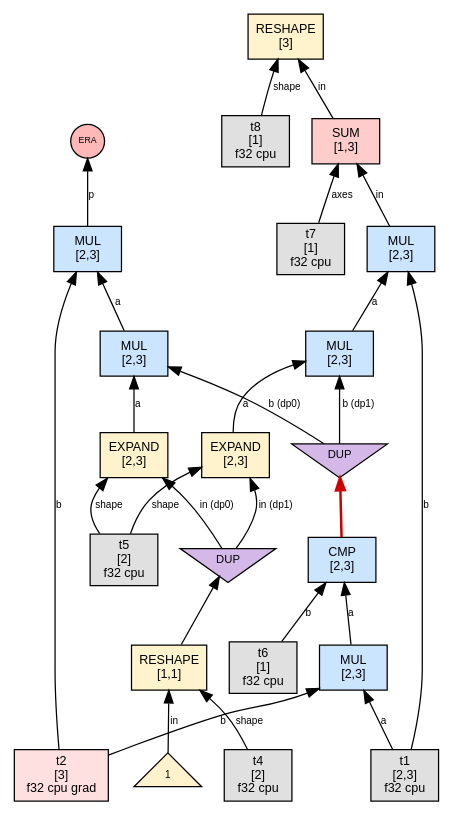
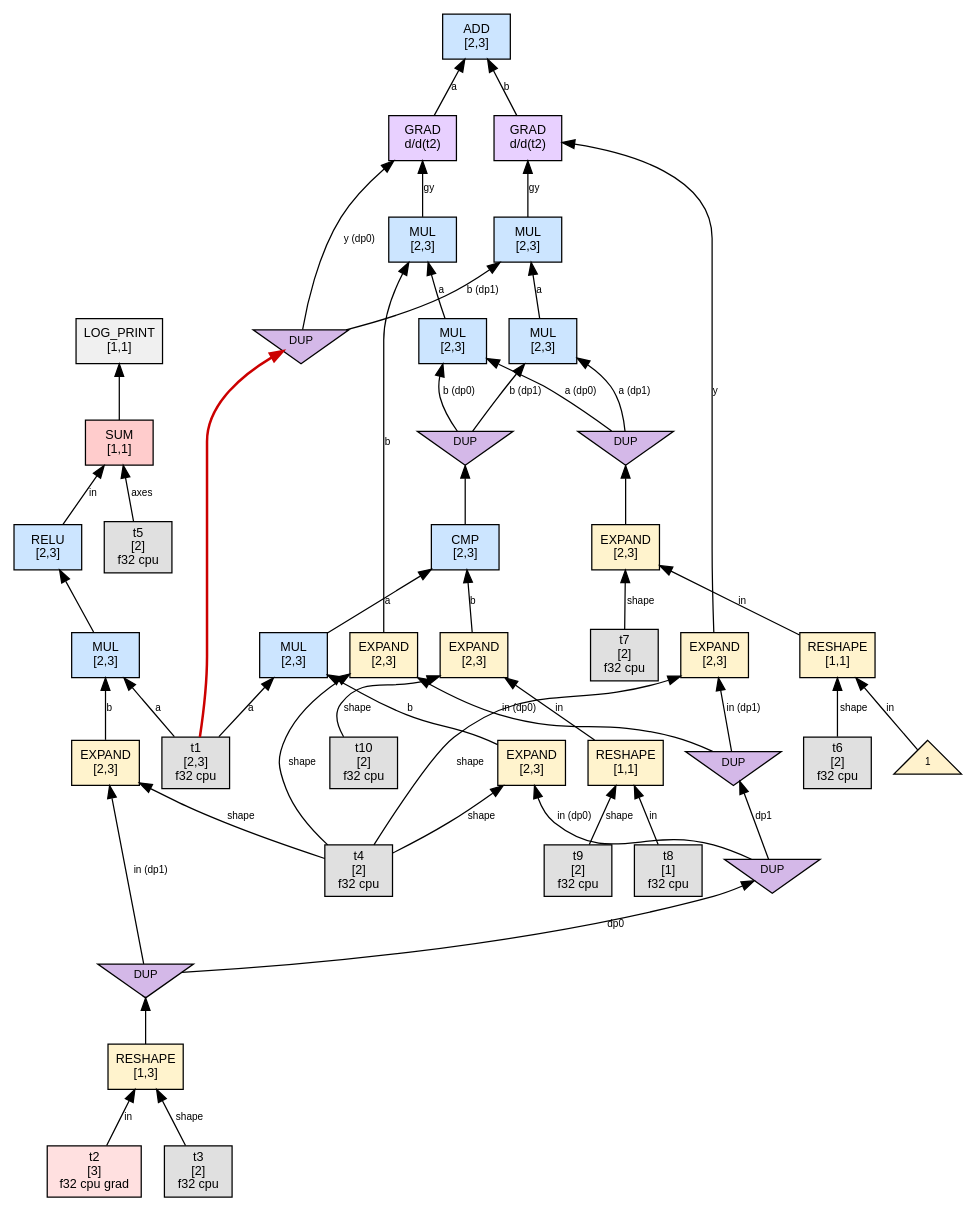
Before and after one commit to sw1sh/TinyHVM: the diagram in phase1_graphs/tiny_single_param/step_012_interact_DP0.dot, drawn with Graphviz. The commit also changed 751 other files, not shown here.

First line of the commit message:
test: refresh canonical tiny phase graph archives

```diff
--- a/phase1_graphs/tiny_single_param/step_012_interact_DP0.dot
+++ b/phase1_graphs/tiny_single_param/step_012_interact_DP0.dot
@@ -1,55 +1,95 @@
 digraph G {
   // PREV_INTERACTION: interact_DP0
-  // NEXT_INTERACTION: interact_DP0
+  // NEXT_INTERACTION: interact_DP1
   rankdir=BT;
   node [fontname="Helvetica", fontsize=10, style=filled, shape=box, margin="0.1,0.05"];
   edge [fontsize=8, fontname="Helvetica"];
 
-  n50 [label="RESHAPE\n[3]", shape=box, fillcolor="#fff3cd"];
-  n46 -> n50 [label="in"];
+  n1 [label="RESHAPE\n[1,3]", shape=box, fillcolor="#fff3cd"];
+  t2 [label="t2\n[3]\nf32 cpu grad",shape=box,fillcolor="#ffe0e0"];
+  t2 -> n1 [label="in"];
+  t3 [label="t3\n[2]\nf32 cpu",shape=box,fillcolor="#e0e0e0"];
+  t3 -> n1 [label="shape"];
+  n30 [label="SUM\n[1,1]", shape=box, fillcolor="#ffcccc"];
+  n46 -> n30 [label="in"];
+  t5 [label="t5\n[2]\nf32 cpu",shape=box,fillcolor="#e0e0e0"];
+  t5 -> n30 [label="axes"];
+  n23 [label="LOG_PRINT\n[1,1]", shape=box, fillcolor="#f0f0f0"];
+  n30 -> n23 [label=""];
+  n84 [label="ADD\n[2,3]", shape=box, fillcolor="#cce5ff"];
+  n80 -> n84 [label="a"];
+  n82 -> n84 [label="b"];
+  n46 [label="RELU\n[2,3]", shape=box, fillcolor="#cce5ff"];
+  n65 -> n46 [label=""];
+  n33 [label="RESHAPE\n[1,1]", shape=box, fillcolor="#fff3cd"];
+  num33_0 [label="1",shape=triangle,fillcolor="#fff2cc",fontsize=8];
+  num33_0 -> n33 [label="in"];
+  t6 [label="t6\n[2]\nf32 cpu",shape=box,fillcolor="#e0e0e0"];
+  t6 -> n33 [label="shape"];
+  n65 [label="MUL\n[2,3]", shape=box, fillcolor="#cce5ff"];
+  t1 [label="t1\n[2,3]\nf32 cpu",shape=box,fillcolor="#e0e0e0"];
+  t1 -> n65 [label="a"];
+  n88 -> n65 [label="b"];
+  n49 [label="RESHAPE\n[1,1]", shape=box, fillcolor="#fff3cd"];
   t8 [label="t8\n[1]\nf32 cpu",shape=box,fillcolor="#e0e0e0"];
-  t8 -> n50 [label="shape"];
-  n16 [label="RESHAPE\n[1,1]", shape=box, fillcolor="#fff3cd"];
-  num16_0 [label="1",shape=triangle,fillcolor="#fff2cc",fontsize=8];
-  num16_0 -> n16 [label="in"];
+  t8 -> n49 [label="in"];
+  t9 [label="t9\n[2]\nf32 cpu",shape=box,fillcolor="#e0e0e0"];
+  t9 -> n49 [label="shape"];
+  n68 [label="MUL\n[2,3]", shape=box, fillcolor="#cce5ff"];
+  t1 -> n68 [label="a"];
+  n91 -> n68 [label="b"];
+  n53 [label="EXPAND\n[2,3]", shape=box, fillcolor="#fff3cd"];
+  n49 -> n53 [label="in"];
+  t10 [label="t10\n[2]\nf32 cpu",shape=box,fillcolor="#e0e0e0"];
+  t10 -> n53 [label="shape"];
+  n39 [label="EXPAND\n[2,3]", shape=box, fillcolor="#fff3cd"];
+  n33 -> n39 [label="in"];
+  t7 [label="t7\n[2]\nf32 cpu",shape=box,fillcolor="#e0e0e0"];
+  t7 -> n39 [label="shape"];
+  n57 [label="CMP\n[2,3]", shape=box, fillcolor="#cce5ff"];
+  n68 -> n57 [label="a"];
+  n53 -> n57 [label="b"];
+  n88 [label="EXPAND\n[2,3]", shape=box, fillcolor="#fff3cd"];
+  dup90 [label="DUP", shape=invtriangle, fillcolor="#d4b8e8", fontsize=9, width=0.7, height=0.5];
+  n1 -> dup90;
+  dup90 -> n88 [label="in (dp1)"];
   t4 [label="t4\n[2]\nf32 cpu",shape=box,fillcolor="#e0e0e0"];
-  t4 -> n16 [label="shape"];
-  n35 [label="MUL\n[2,3]", shape=box, fillcolor="#cce5ff"];
-  t1 [label="t1\n[2,3]\nf32 cpu",shape=box,fillcolor="#e0e0e0"];
-  t1 -> n35 [label="a"];
-  t2 [label="t2\n[3]\nf32 cpu grad",shape=box,fillcolor="#ffe0e0"];
-  t2 -> n35 [label="b"];
-  n29 [label="CMP\n[2,3]", shape=box, fillcolor="#cce5ff"];
-  n35 -> n29 [label="a"];
-  t6 [label="t6\n[1]\nf32 cpu",shape=box,fillcolor="#e0e0e0"];
-  t6 -> n29 [label="b"];
-  n60 [label="MUL\n[2,3]", shape=box, fillcolor="#cce5ff"];
-  n68 -> n60 [label="a"];
-  dup65 [label="DUP", shape=invtriangle, fillcolor="#d4b8e8", fontsize=9, width=0.7, height=0.5];
-  n29 -> dup65 [color="#cc0000",penwidth=2.0];
-  dup65 -> n60 [label="b (dp0)"];
-  n62 [label="MUL\n[2,3]", shape=box, fillcolor="#cce5ff"];
-  n70 -> n62 [label="a"];
-  dup65 -> n62 [label="b (dp1)"];
-  n44 [label="MUL\n[2,3]", shape=box, fillcolor="#cce5ff"];
-  n62 -> n44 [label="a"];
-  t1 -> n44 [label="b"];
-  n46 [label="SUM\n[1,3]", shape=box, fillcolor="#ffcccc"];
-  n44 -> n46 [label="in"];
-  t7 [label="t7\n[1]\nf32 cpu",shape=box,fillcolor="#e0e0e0"];
-  t7 -> n46 [label="axes"];
-  n68 [label="EXPAND\n[2,3]", shape=box, fillcolor="#fff3cd"];
-  dup72 [label="DUP", shape=invtriangle, fillcolor="#d4b8e8", fontsize=9, width=0.7, height=0.5];
-  n16 -> dup72;
-  dup72 -> n68 [label="in (dp0)"];
-  t5 [label="t5\n[2]\nf32 cpu",shape=box,fillcolor="#e0e0e0"];
-  t5 -> n68 [label="shape"];
-  n70 [label="EXPAND\n[2,3]", shape=box, fillcolor="#fff3cd"];
-  dup72 -> n70 [label="in (dp1)"];
-  t5 -> n70 [label="shape"];
-  n42 [label="MUL\n[2,3]", shape=box, fillcolor="#cce5ff"];
-  n60 -> n42 [label="a"];
-  t2 -> n42 [label="b"];
-  era67 [label="ERA",shape=circle,width=0.38,height=0.38,fixedsize=true,fillcolor="#ffb8b8",fontsize=7];
-  n42 -> era67 [label="p"];
+  t4 -> n88 [label="shape"];
+  n91 [label="EXPAND\n[2,3]", shape=box, fillcolor="#fff3cd"];
+  dup95 [label="DUP", shape=invtriangle, fillcolor="#d4b8e8", fontsize=9, width=0.7, height=0.5];
+  dup90 -> dup95 [label="dp0"];
+  dup95 -> n91 [label="in (dp0)"];
+  t4 -> n91 [label="shape"];
+  n96 [label="MUL\n[2,3]", shape=box, fillcolor="#cce5ff"];
+  dup100 [label="DUP", shape=invtriangle, fillcolor="#d4b8e8", fontsize=9, width=0.7, height=0.5];
+  n39 -> dup100;
+  dup100 -> n96 [label="a (dp0)"];
+  dup101 [label="DUP", shape=invtriangle, fillcolor="#d4b8e8", fontsize=9, width=0.7, height=0.5];
+  n57 -> dup101;
+  dup101 -> n96 [label="b (dp0)"];
+  n102 [label="EXPAND\n[2,3]", shape=box, fillcolor="#fff3cd"];
+  dup106 [label="DUP", shape=invtriangle, fillcolor="#d4b8e8", fontsize=9, width=0.7, height=0.5];
+  dup95 -> dup106 [label="dp1"];
+  dup106 -> n102 [label="in (dp0)"];
+  t4 -> n102 [label="shape"];
+  n98 [label="MUL\n[2,3]", shape=box, fillcolor="#cce5ff"];
+  dup100 -> n98 [label="a (dp1)"];
+  dup101 -> n98 [label="b (dp1)"];
+  n76 [label="MUL\n[2,3]", shape=box, fillcolor="#cce5ff"];
+  n96 -> n76 [label="a"];
+  n102 -> n76 [label="b"];
+  n104 [label="EXPAND\n[2,3]", shape=box, fillcolor="#fff3cd"];
+  dup106 -> n104 [label="in (dp1)"];
+  t4 -> n104 [label="shape"];
+  n78 [label="MUL\n[2,3]", shape=box, fillcolor="#cce5ff"];
+  n98 -> n78 [label="a"];
+  dup73 [label="DUP", shape=invtriangle, fillcolor="#d4b8e8", fontsize=9, width=0.7, height=0.5];
+  t1 -> dup73 [color="#cc0000",penwidth=2.0];
+  dup73 -> n78 [label="b (dp1)"];
+  n80 [label="GRAD\nd/d(t2)", shape=box, fillcolor="#e8d0ff"];
+  dup73 -> n80 [label="y (dp0)"];
+  n76 -> n80 [label="gy"];
+  n82 [label="GRAD\nd/d(t2)", shape=box, fillcolor="#e8d0ff"];
+  n104 -> n82 [label="y"];
+  n78 -> n82 [label="gy"];
 }
```
